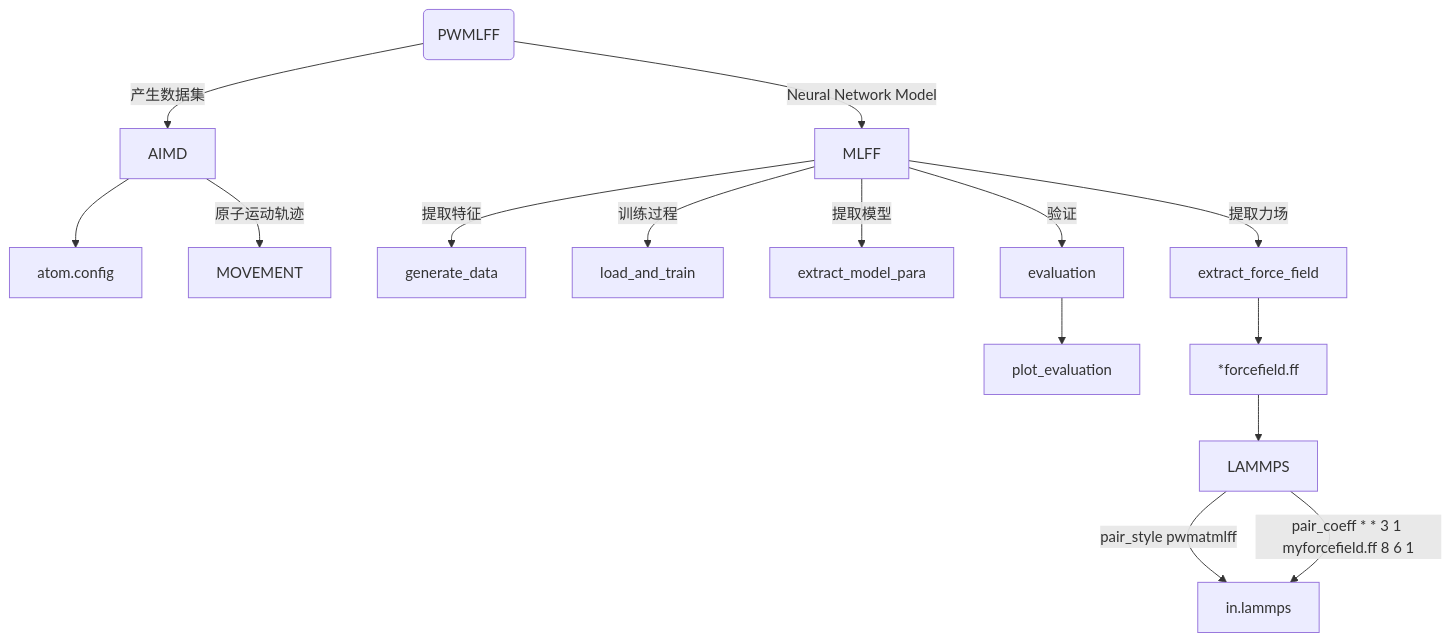
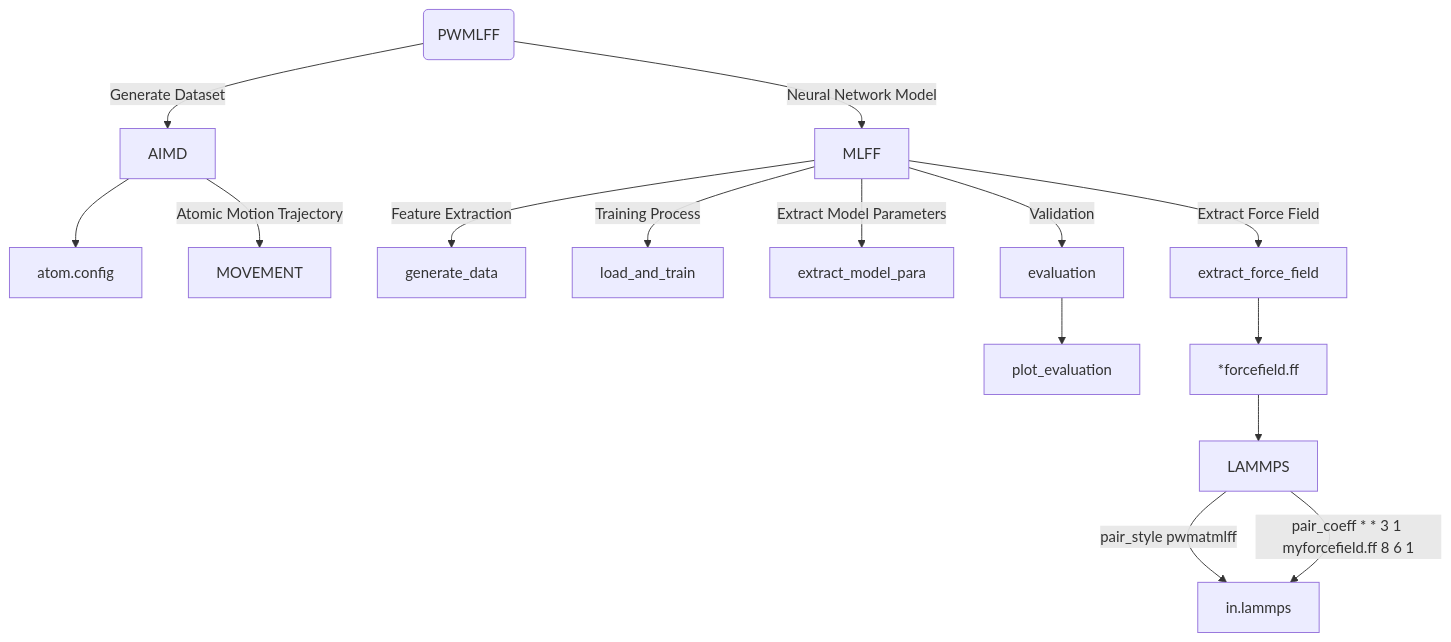
One commit to LonxunQuantum/PWmat-docs changed the diagram in i18n/en/docusaurus-plugin-content-docs/version-2024.05/PWMLFF/models/nn/examples/NN_EC.md. Above: the diagram before and after it, drawn with Mermaid. The commit also changed other lines of this file and 39 other files, not shown here.

````diff
--- a/i18n/en/docusaurus-plugin-content-docs/version-2024.05/PWMLFF/models/nn/examples/NN_EC.md
+++ b/i18n/en/docusaurus-plugin-content-docs/version-2024.05/PWMLFF/models/nn/examples/NN_EC.md
@@ -7,17 +7,17 @@
 ```mermaid
 graph TD;
-    A(PWMLFF)-->|产生数据集|AIMD;
+    A(PWMLFF)-->|Generate Dataset|AIMD;
     A(PWMLFF)-->|Neural Network Model|MLFF;
     AIMD-->atom.config;
-    AIMD-->|原子运动轨迹|MOVEMENT;
-    MLFF-->|提取特征|generate_data;
-    MLFF-->|训练过程|load_and_train;
-    MLFF-->|提取模型|extract_model_para;
-    MLFF-->|验证|evaluation;
-    MLFF-->|提取力场|extract_force_field;
+    AIMD-->|Atomic Motion Trajectory|MOVEMENT;
+    MLFF-->|Feature Extraction|generate_data;
+    MLFF-->|Training Process|load_and_train;
+    MLFF-->|Extract Model Parameters|extract_model_para;
+    MLFF-->|Validation|evaluation;
+    MLFF-->|Extract Force Field|extract_force_field;
     evaluation-->plot_evaluation;
     extract_force_field-->*forcefield.ff;
     *forcefield.ff-->LAMMPS;
     LAMMPS-->|pair_style pwmatmlff|in.lammps;
     LAMMPS-->|pair_coeff * * 3 1 myforcefield.ff 8 6 1|in.lammps;
 ```
````
